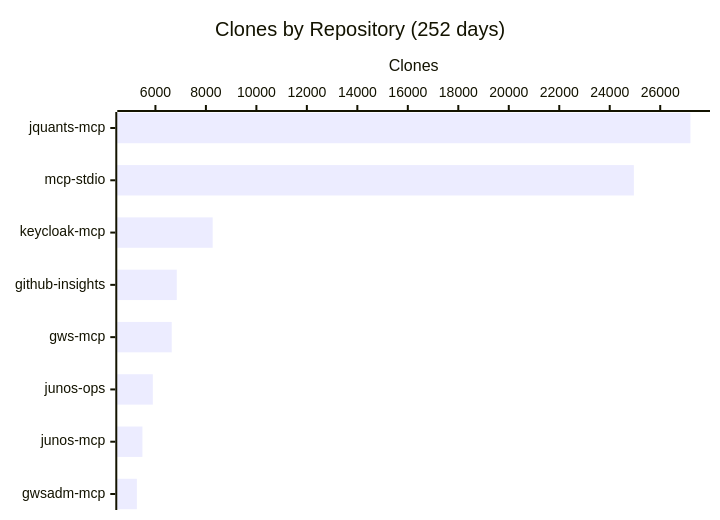
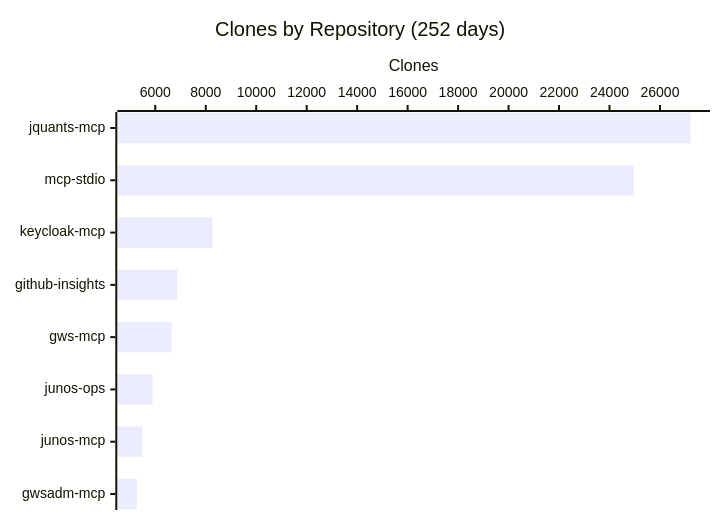
One commit to shigechika/github-insights changed the fourth of 4 diagrams in README.md. Above: the diagram before and after it, drawn with Mermaid. The commit also changed other lines of this file and 1 other file, not shown here.

````diff
--- a/README.md
+++ b/README.md
@@ -58,7 +58,7 @@
 ```mermaid
 xychart-beta horizontal
     title "Clones by Repository (252 days)"
     x-axis ["jquants-mcp", "mcp-stdio", "keycloak-mcp", "github-insights", "gws-mcp", "junos-ops", "junos-mcp", "gwsadm-mcp"]
     y-axis "Clones"
-    bar [27197, 24956, 8268, 6845, 6646, 5896, 5485, 5264]
+    bar [27207, 24967, 8272, 6866, 6650, 5898, 5489, 5270]
 ```
````
